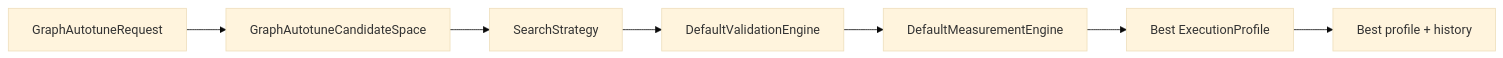
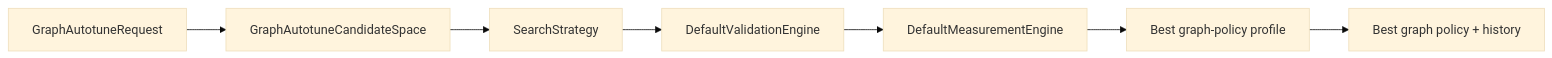
The fourth of 7 diagrams in docs/calibration-autotune.md (pho001/Synaptik), drawn with Mermaid (base theme) before and after one commit. The commit also changed other lines of this file and 20 other files, not shown here.

Commit message:
tuning: rebase graph winners and add transformer workload

````diff
--- a/docs/calibration-autotune.md
+++ b/docs/calibration-autotune.md
@@ -233,12 +237,12 @@
 ```mermaid
 flowchart LR
     Request["GraphAutotuneRequest"]
     Space["GraphAutotuneCandidateSpace"]
     Strategy["SearchStrategy"]
     Validate["DefaultValidationEngine"]
     Measure["DefaultMeasurementEngine"]
-    Winner["Best ExecutionProfile"]
-    Store["Best profile + history"]
+    Winner["Best graph-policy profile"]
+    Store["Best graph policy + history"]
 
     Request --> Space --> Strategy --> Validate --> Measure --> Winner --> Store
 ```
````
